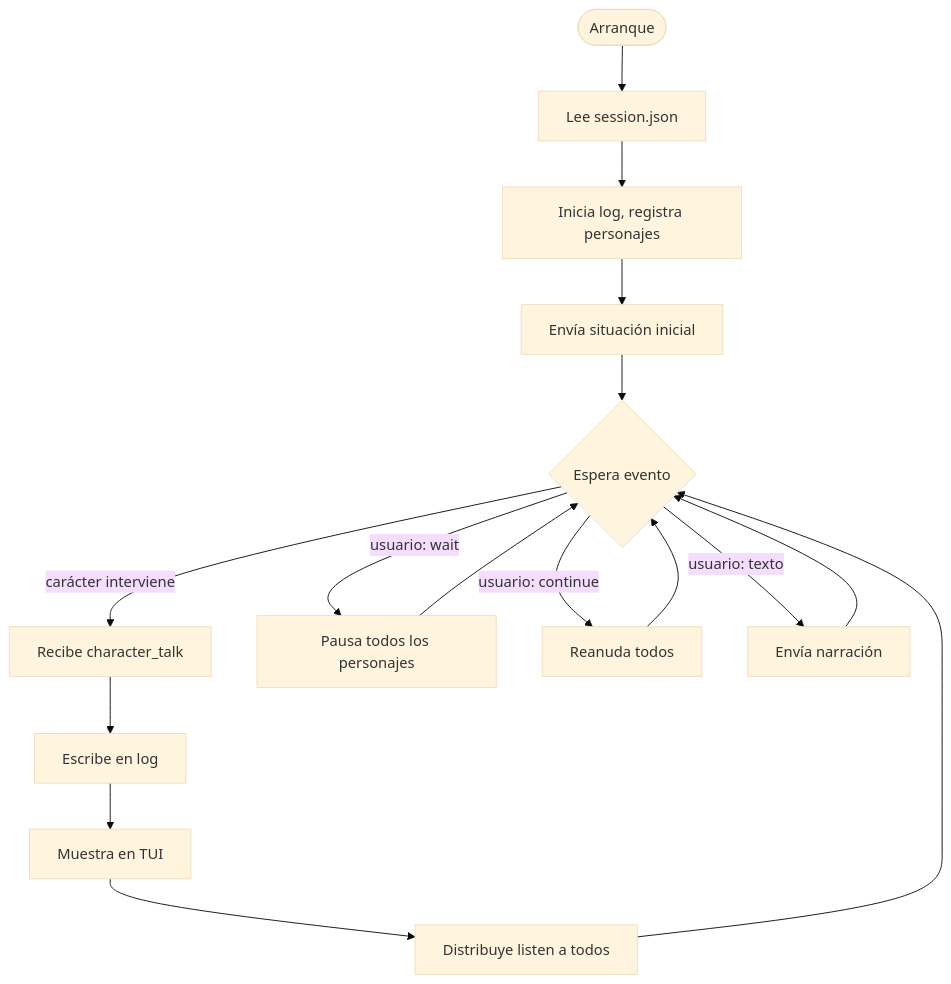
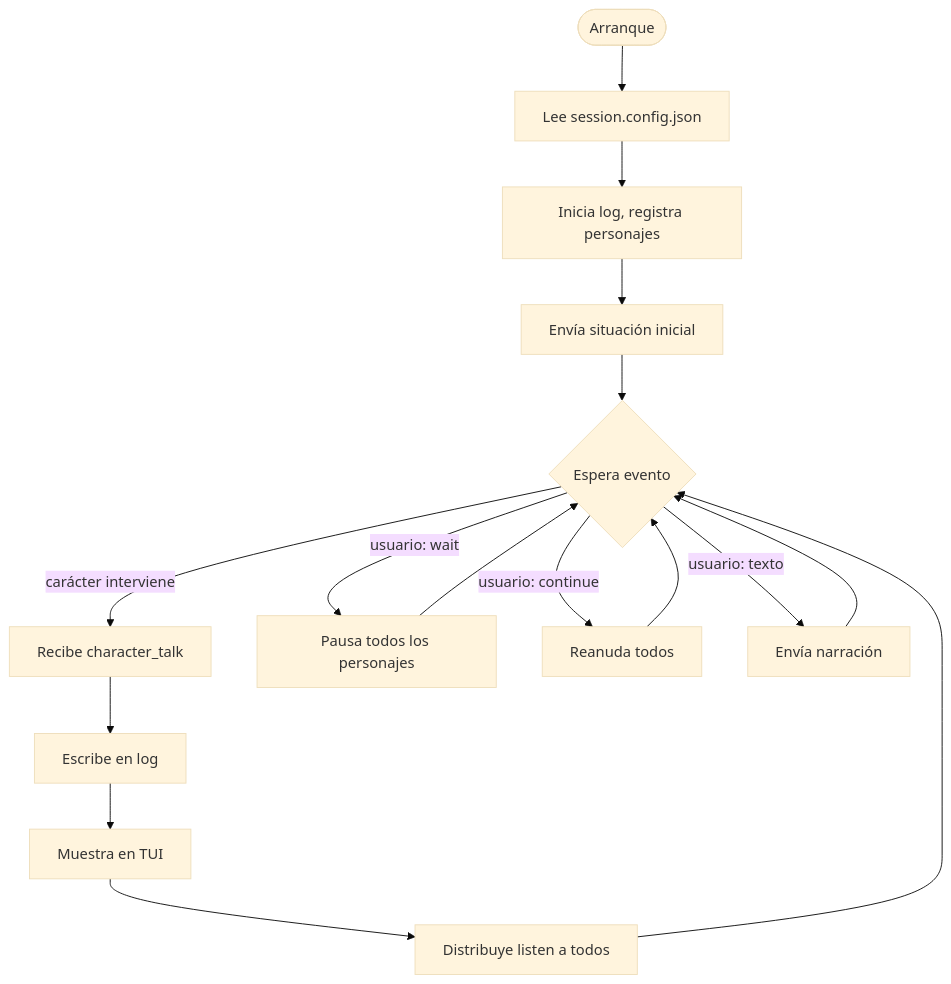
The fifth of 5 diagrams in interact/docs/design.md (yeyopepe/PerSSim), drawn with Mermaid (base theme) before and after one commit. The commit also changed other lines of this file and 9 other files, not shown here.

First line of the commit message:
Rename config files to *.config.json

````diff
--- a/interact/docs/design.md
+++ b/interact/docs/design.md
@@ -538,18 +538,18 @@
 ```mermaid
 flowchart TD
-    A([Arranque]) --> B[Lee session.json]
+    A([Arranque]) --> B[Lee session.config.json]
     B --> C[Inicia log, registra personajes]
     C --> D[Envía situación inicial]
     D --> E{Espera evento}
     E -->|carácter interviene| F[Recibe character_talk]
     F --> G[Escribe en log]
     G --> H[Muestra en TUI]
     H --> I[Distribuye listen a todos]
     I --> E
     E -->|usuario: wait| J[Pausa todos los personajes]
     E -->|usuario: continue| K[Reanuda todos]
     E -->|usuario: texto| L[Envía narración]
     J --> E
     K --> E
     L --> E
 ```
````
